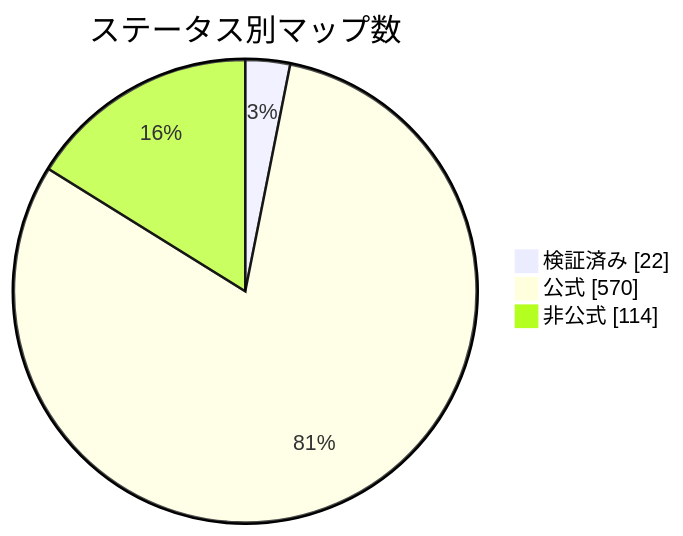
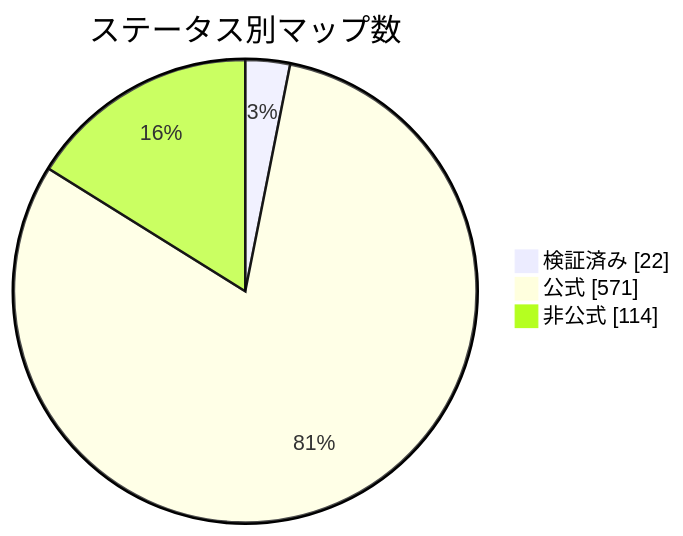
Before and after one commit to nobrega8/mbmap-library: the diagram in docs/readme/README_JP.md, drawn with Mermaid. The commit also changed 6 other files, not shown here.

````diff
--- a/docs/readme/README_JP.md
+++ b/docs/readme/README_JP.md
@@ -54,7 +54,7 @@
 ```mermaid
 pie showData
     title ステータス別マップ数
     "検証済み" : 22
-    "公式" : 570
+    "公式" : 571
     "非公式" : 114
 ```
````
